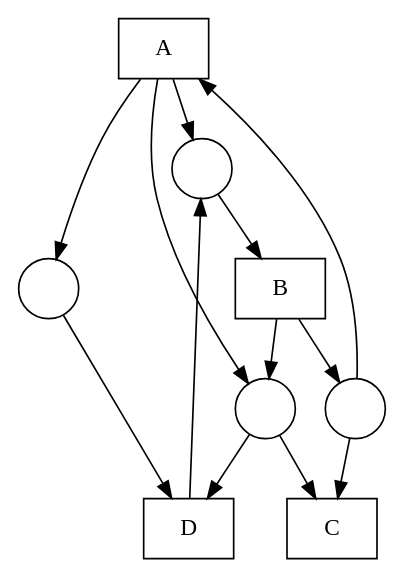
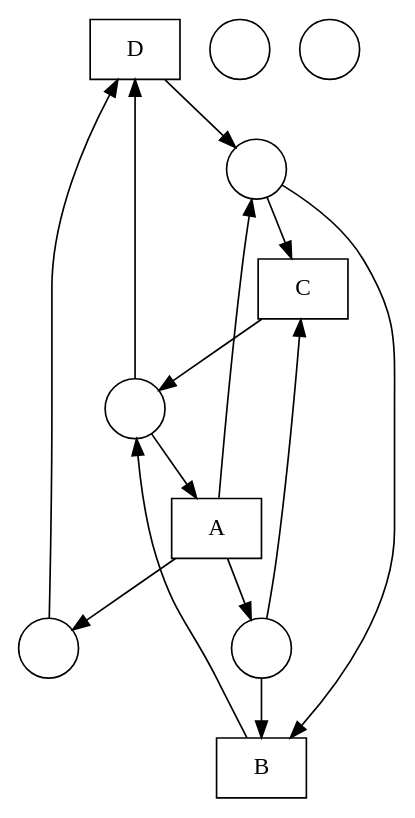
Before and after one commit to DWitek97/GeneticMiner: the diagram in nets/Fittest net.gv, drawn with Graphviz. The commit also changed 4 other files, not shown here.

```diff
--- a/nets/Fittest net.gv
+++ b/nets/Fittest net.gv
@@ -1,24 +1,27 @@
 digraph "Fittest net" {
 	node [shape=box]
+	D [label=D]
+	C [label=C]
 	A [label=A]
 	B [label=B]
-	C [label=C]
-	D [label=D]
 	node [shape=circle]
 	1 [label=" "]
 	2 [label=" "]
 	3 [label=" "]
 	4 [label=" "]
+	5 [label=" "]
+	6 [label=" "]
+	1 -> D
+	3 -> D
+	D -> 2
+	2 -> C
+	4 -> C
+	C -> 1
 	1 -> A
 	A -> 2
+	A -> 3
 	A -> 4
-	A -> 3
+	4 -> B
 	2 -> B
-	B -> 4
 	B -> 1
-	1 -> C
-	4 -> C
-	3 -> D
-	4 -> D
-	D -> 2
 }
```
